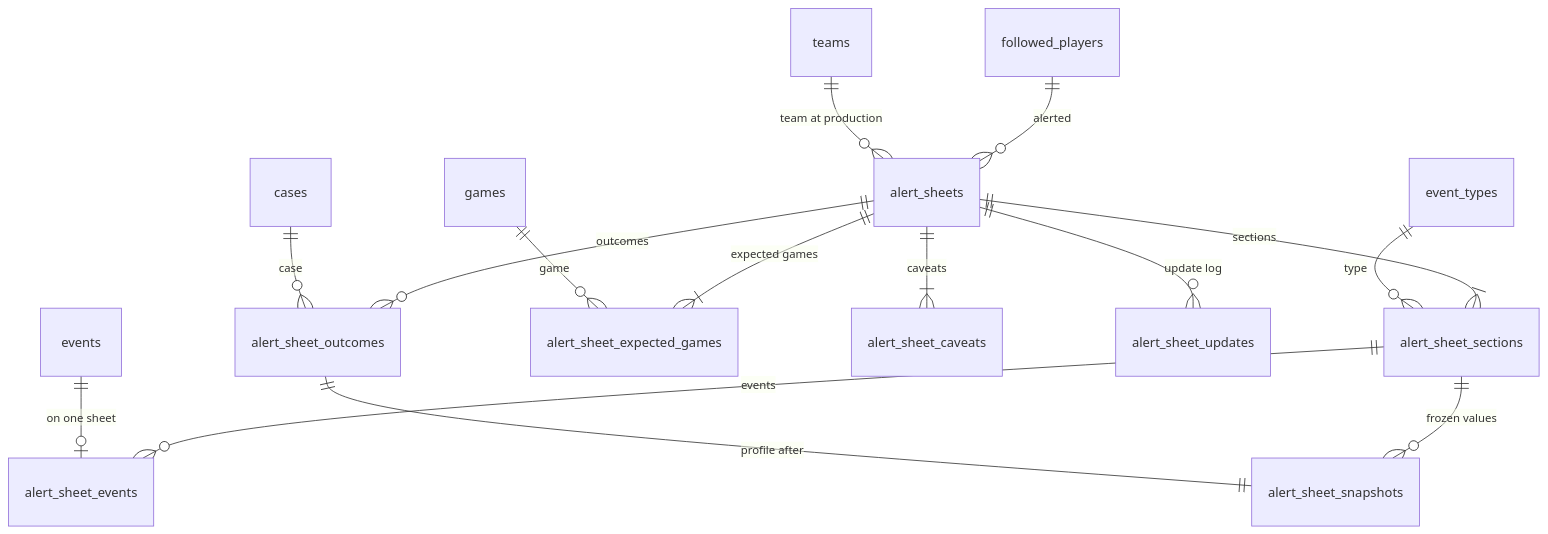
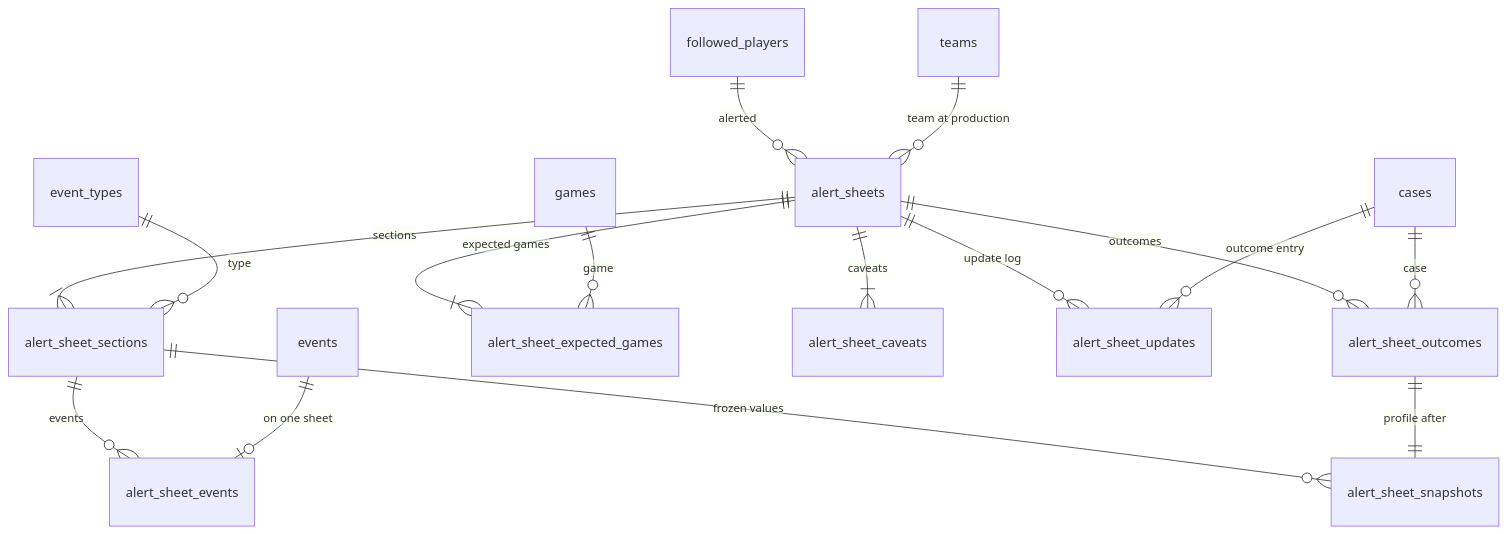
Before and after one commit to youtix/egoscope: the diagram in docs/engineering/domain-model/alert-sheets.md, drawn with Mermaid. The commit also changed other lines of this file and 4 other files, not shown here.

````diff
--- a/docs/engineering/domain-model/alert-sheets.md
+++ b/docs/engineering/domain-model/alert-sheets.md
@@ -312,17 +313,18 @@
 ```mermaid
 erDiagram
   followed_players ||--o{ alert_sheets : "alerted"
   teams ||--o{ alert_sheets : "team at production"
   alert_sheets ||--|{ alert_sheet_sections : "sections"
   event_types ||--o{ alert_sheet_sections : "type"
   alert_sheet_sections ||--o{ alert_sheet_snapshots : "frozen values"
   alert_sheet_sections ||--o{ alert_sheet_events : "events"
   events ||--o| alert_sheet_events : "on one sheet"
   alert_sheets ||--|{ alert_sheet_expected_games : "expected games"
   games ||--o{ alert_sheet_expected_games : "game"
   alert_sheets ||--|{ alert_sheet_caveats : "caveats"
   alert_sheets ||--o{ alert_sheet_updates : "update log"
   alert_sheets ||--o{ alert_sheet_outcomes : "outcomes"
   cases ||--o{ alert_sheet_outcomes : "case"
+  cases ||--o{ alert_sheet_updates : "outcome entry"
   alert_sheet_outcomes ||--|| alert_sheet_snapshots : "profile after"
 ```
````
